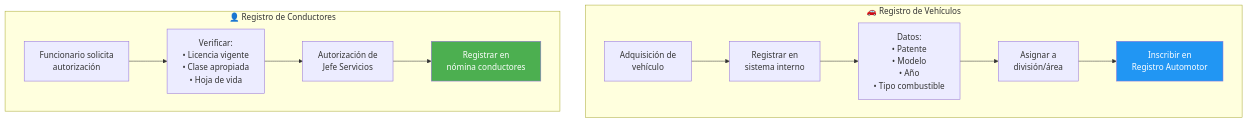
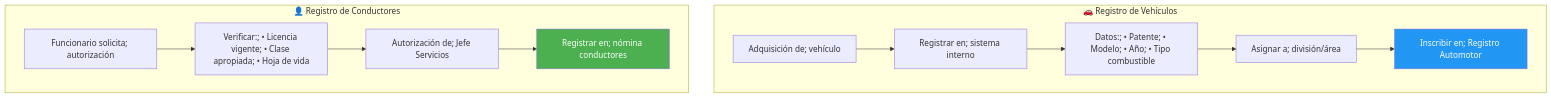
One commit to felix-antonio-sl/kora changed the second of 7 diagrams in drafts/gn/bpmn/bpmn-d06-flota-vehicular.md. Above: the diagram before and after it, drawn with Mermaid. The commit also changed other lines of this file and 265 other files, not shown here.

````diff
--- a/drafts/gn/bpmn/bpmn-d06-flota-vehicular.md
+++ b/drafts/gn/bpmn/bpmn-d06-flota-vehicular.md
@@ -95,20 +94,23 @@
 ```mermaid
 flowchart TD
-    subgraph VEHICULOS["🚗 Registro de Vehículos"]
-        A["Adquisición de<br/>vehículo"]
-        B["Registrar en<br/>sistema interno"]
-        C["Datos:<br/>• Patente<br/>• Modelo<br/>• Año<br/>• Tipo combustible"]
-        D["Asignar a<br/>división/área"]
-        E["Inscribir en<br/>Registro Automotor"]
-    end
-    subgraph CONDUCTORES["👤 Registro de Conductores"]
-        F["Funcionario solicita<br/>autorización"]
-        G["Verificar:<br/>• Licencia vigente<br/>• Clase apropiada<br/>• Hoja de vida"]
-        H["Autorización de<br/>Jefe Servicios"]
-        I["Registrar en<br/>nómina conductores"]
-    end
-    A --> B --> C --> D --> E
-    F --> G --> H --> I
-    style E fill:#2196F3,color:#fff
-    style I fill:#4CAF50,color:#fff
+ subgraph VEHICULOS["🚗 Registro de Vehículos"]
+ A["Adquisición de; vehículo"]
+ B["Registrar en; sistema interno"]
+ C["Datos:; • Patente; • Modelo; • Año; • Tipo combustible"]
+ D["Asignar a; división/área"]
+ E["Inscribir en; Registro Automotor"]
+ end
+
+ subgraph CONDUCTORES["👤 Registro de Conductores"]
+ F["Funcionario solicita; autorización"]
+ G["Verificar:; • Licencia vigente; • Clase apropiada; • Hoja de vida"]
+ H["Autorización de; Jefe Servicios"]
+ I["Registrar en; nómina conductores"]
+ end
+
+ A --> B --> C --> D --> E
+ F --> G --> H --> I
+
+ style E fill:#2196F3,color:#fff
+ style I fill:#4CAF50,color:#fff
 ```
````
